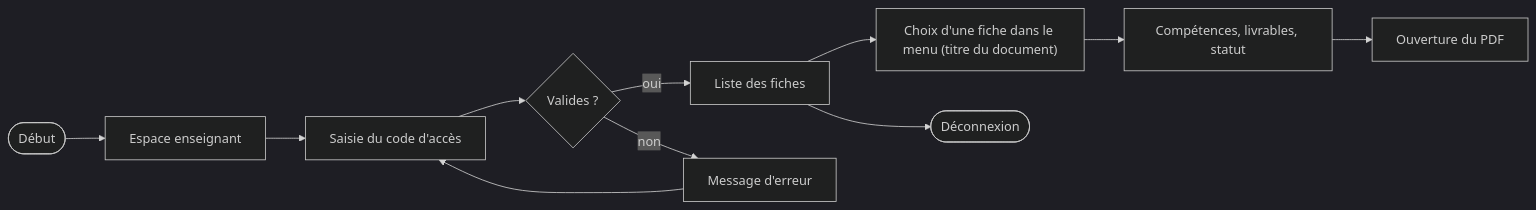
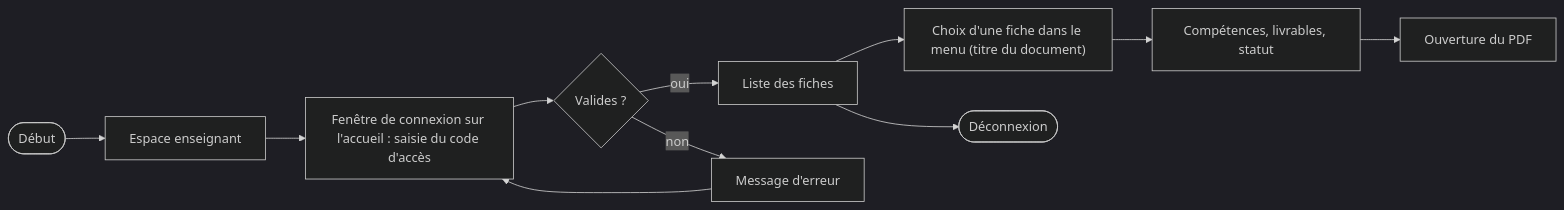
One commit to Korrighed/portfolio changed the third of 6 diagrams in docs/APP-FLOW.md. Above: the diagram before and after it, drawn with Mermaid (dark theme). The commit also changed 10 other files, not shown here.

````diff
--- a/docs/APP-FLOW.md
+++ b/docs/APP-FLOW.md
@@ -60,13 +60,13 @@
 ```mermaid
 flowchart LR
   A([Début]) --> B["Espace enseignant"]
-  B --> C["Saisie du code d'accès"]
+  B --> C["Fenêtre de connexion sur l'accueil : saisie du code d'accès"]
   C --> D{Valides ?}
   D -- oui --> E["Liste des fiches"]
   D -- non --> F["Message d'erreur"]
   F --> C
   E --> G["Choix d'une fiche dans le menu (titre du document)"]
   G --> H["Compétences, livrables, statut"]
   H --> J["Ouverture du PDF"]
   E --> I([Déconnexion])
 ```
````
